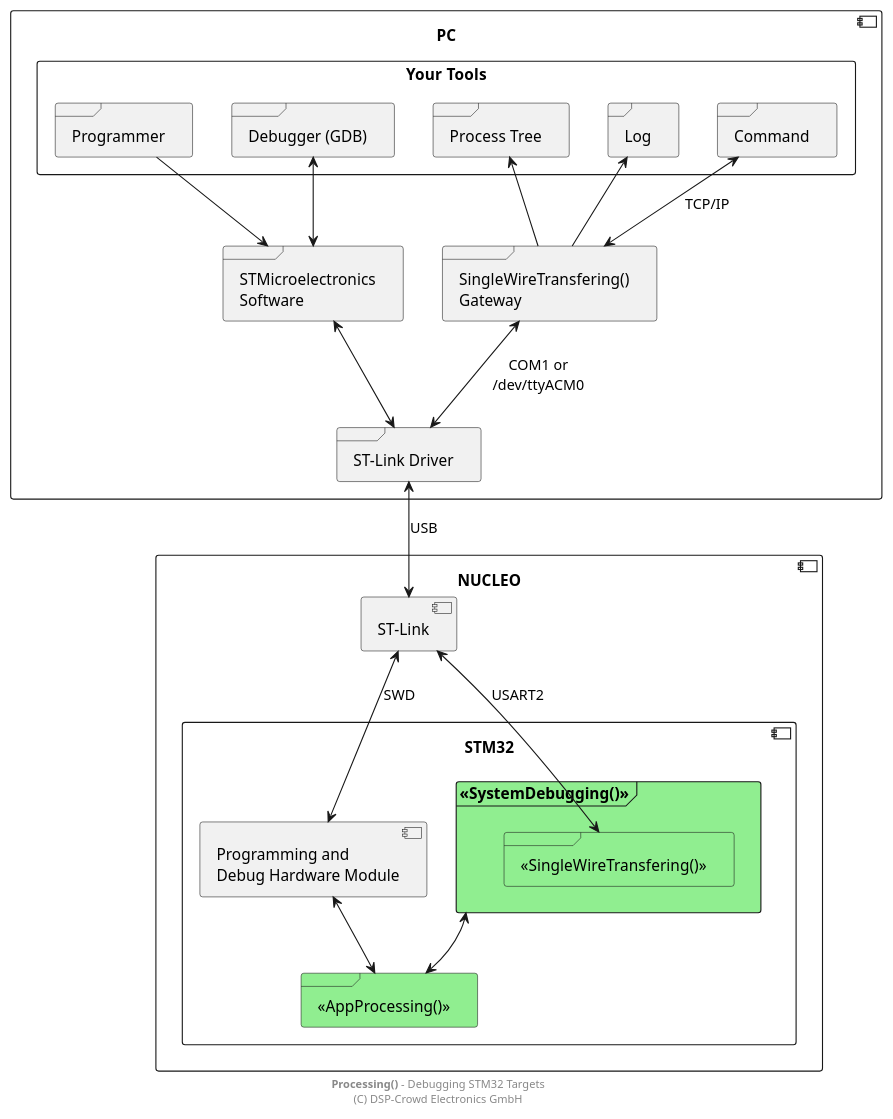
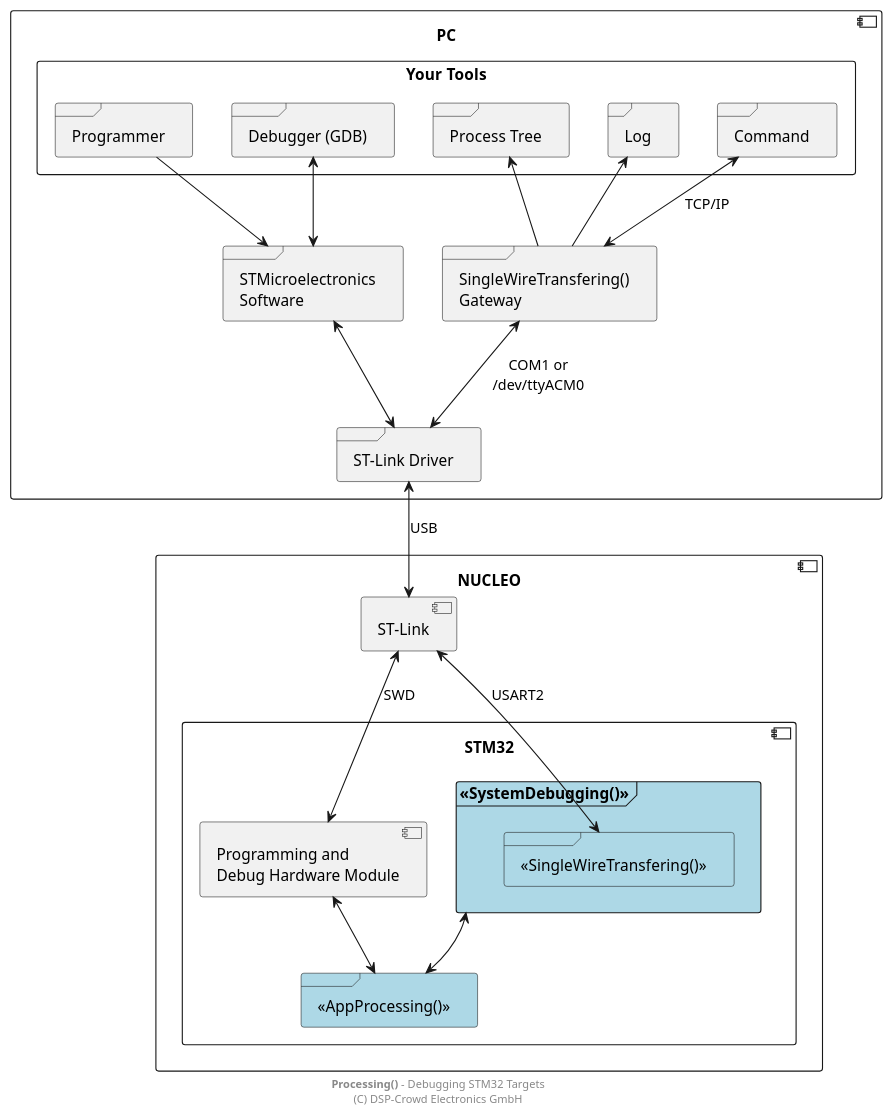
The diagram in doc/system/stm32-uart_3.pu (NoOrientationProgramming/hello-world-stm32), drawn with PlantUML before and after one commit. The commit also changed 2 other files, not shown here.

```diff
--- a/doc/system/stm32-uart_3.pu
+++ b/doc/system/stm32-uart_3.pu
@@ -2,64 +2,64 @@
 @startuml
 
 ' skinparam linetype ortho
 ' scale 0.6
 
 component PC as pPc {
 
 	rectangle "Your Tools" as pTools {
 
 		frame "Programmer" as pProg
 		frame "Debugger (GDB)" as pDbg
 
 		frame "Process Tree" as pTree
 		frame "Log" as pLog
 		frame "Command" as pCmd
 		' frame "Custom\nChannels" as pCustom
 	}
 
 	frame "SingleWireTransfering()\nGateway" as pGw
 	frame "STMicroelectronics\nSoftware" as pStSw
 
 	frame "ST-Link Driver" as pDrv
 
 	pProg --> pStSw
 	pDbg <--> pStSw
 
 	pTree <-- pGw
 	pLog <-- pGw
 	pCmd <--> pGw : "TCP/IP"
 	' pCustom <--> pGw
 
 	pStSw <--> pDrv
 	pGw <--> pDrv : "COM1 or\n/dev/ttyACM0"
 
 	pStSw -r[hidden]- pGw
 }
 
 component "NUCLEO" as pNuc {
 
 	component "STM32" {
 
 		component "Programming and\nDebug Hardware Module" as pHwDbg
 
-		frame "<<SystemDebugging()>>" as pSysDbg #lightgreen {
-			frame "<<SingleWireTransfering()>>" as pSwt #lightgreen
+		frame "<<SystemDebugging()>>" as pSysDbg #lightblue {
+			frame "<<SingleWireTransfering()>>" as pSwt #lightblue
 		}
 
-		frame "<<AppProcessing()>>" as pApp #lightgreen
+		frame "<<AppProcessing()>>" as pApp #lightblue
 
 		pHwDbg <--> pApp
 		pSysDbg <--> pApp
 	}
 
 	component "ST-Link" as pStLink
 
 	pStLink <--> pHwDbg : SWD
 	pStLink <--> pSwt : USART2
 }
 
 pDrv <--> pStLink : USB
 
 footer **Processing()** - Debugging STM32 Targets\n(C) DSP-Crowd Electronics GmbH
 
 @enduml
```
